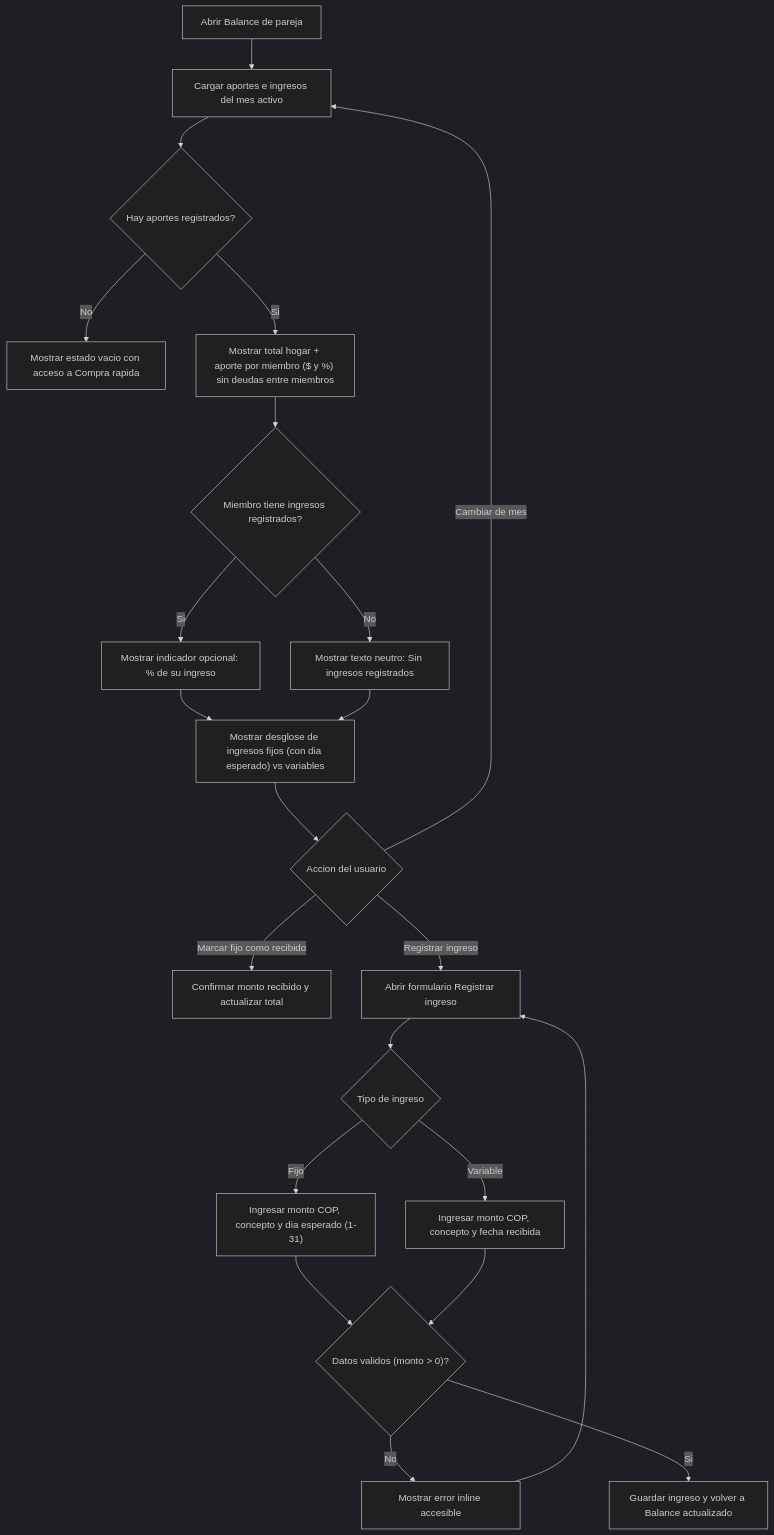
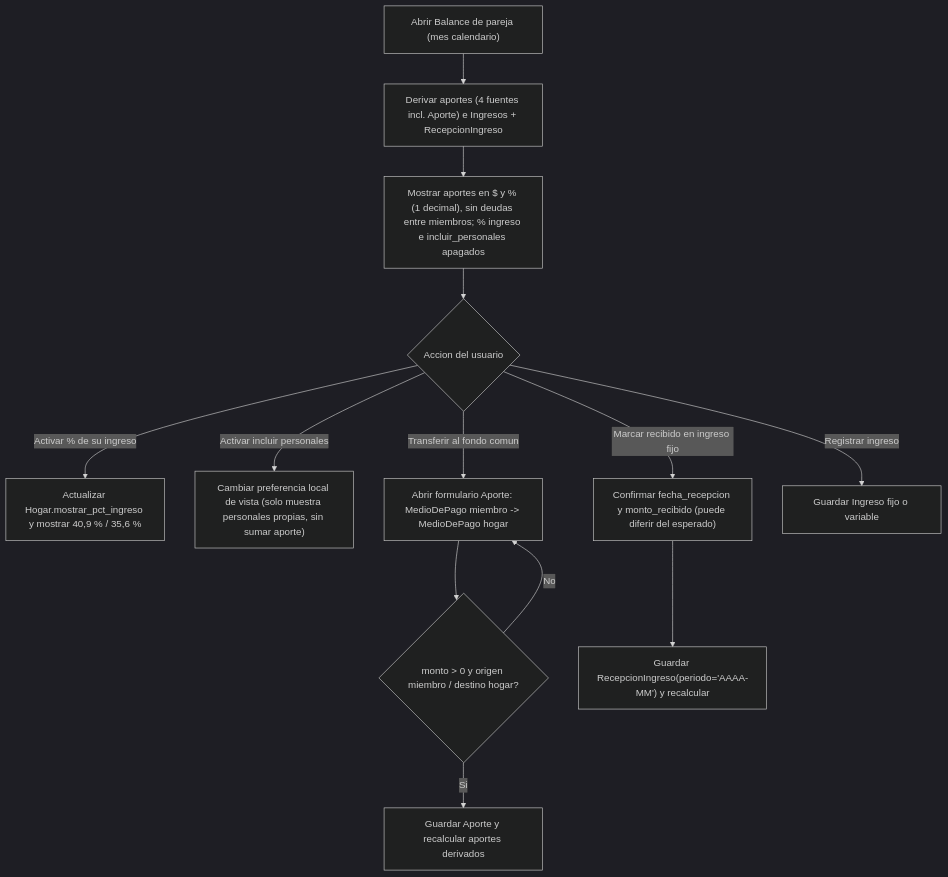
Before and after one commit to meperdev/hogar-app: the diagram in docs/flows/balance-de-pareja.md, drawn with Mermaid (dark theme). The commit also changed other lines of this file and 20 other files, not shown here.

````diff
--- a/docs/flows/balance-de-pareja.md
+++ b/docs/flows/balance-de-pareja.md
@@ -62,24 +86,15 @@
 ```mermaid
 flowchart TD
-    A["Abrir Balance de pareja"] --> B["Cargar aportes e ingresos del mes activo"]
-    B --> C{"Hay aportes registrados?"}
-    C -- No --> D["Mostrar estado vacio con acceso a Compra rapida"]
-    C -- Si --> E["Mostrar total hogar + aporte por miembro ($ y %) sin deudas entre miembros"]
-    E --> F{"Miembro tiene ingresos registrados?"}
-    F -- Si --> G["Mostrar indicador opcional: % de su ingreso"]
-    F -- No --> H["Mostrar texto neutro: Sin ingresos registrados"]
-    G --> I["Mostrar desglose de ingresos fijos (con dia esperado) vs variables"]
-    H --> I
-    I --> J{"Accion del usuario"}
-    J -- "Cambiar de mes" --> B
-    J -- "Marcar fijo como recibido" --> K["Confirmar monto recibido y actualizar total"]
-    J -- "Registrar ingreso" --> L["Abrir formulario Registrar ingreso"]
-    L --> M{"Tipo de ingreso"}
-    M -- Fijo --> N["Ingresar monto COP, concepto y dia esperado (1-31)"]
-    M -- Variable --> O["Ingresar monto COP, concepto y fecha recibida"]
-    N --> P{"Datos validos (monto > 0)?"}
-    O --> P
-    P -- No --> Q["Mostrar error inline accesible"]
-    Q --> L
-    P -- Si --> R["Guardar ingreso y volver a Balance actualizado"]
+    A["Abrir Balance de pareja (mes calendario)"] --> B["Derivar aportes (4 fuentes incl. Aporte) e Ingresos + RecepcionIngreso"]
+    B --> C["Mostrar aportes en $ y % (1 decimal), sin deudas entre miembros; % ingreso e incluir_personales apagados"]
+    C --> D{"Accion del usuario"}
+    D -- "Activar % de su ingreso" --> E["Actualizar Hogar.mostrar_pct_ingreso y mostrar 40,9 % / 35,6 %"]
+    D -- "Activar incluir personales" --> F["Cambiar preferencia local de vista (solo muestra personales propias, sin sumar aporte)"]
+    D -- "Transferir al fondo comun" --> G["Abrir formulario Aporte: MedioDePago miembro -> MedioDePago hogar"]
+    G --> H{"monto > 0 y origen miembro / destino hogar?"}
+    H -- No --> G
+    H -- Si --> I["Guardar Aporte y recalcular aportes derivados"]
+    D -- "Marcar recibido en ingreso fijo" --> J["Confirmar fecha_recepcion y monto_recibido (puede diferir del esperado)"]
+    J --> K["Guardar RecepcionIngreso(periodo='AAAA-MM') y recalcular"]
+    D -- "Registrar ingreso" --> L["Guardar Ingreso fijo o variable"]
 ```
````
